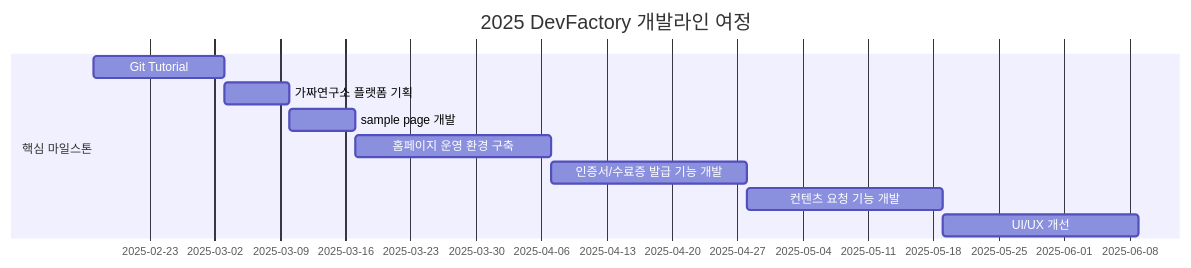
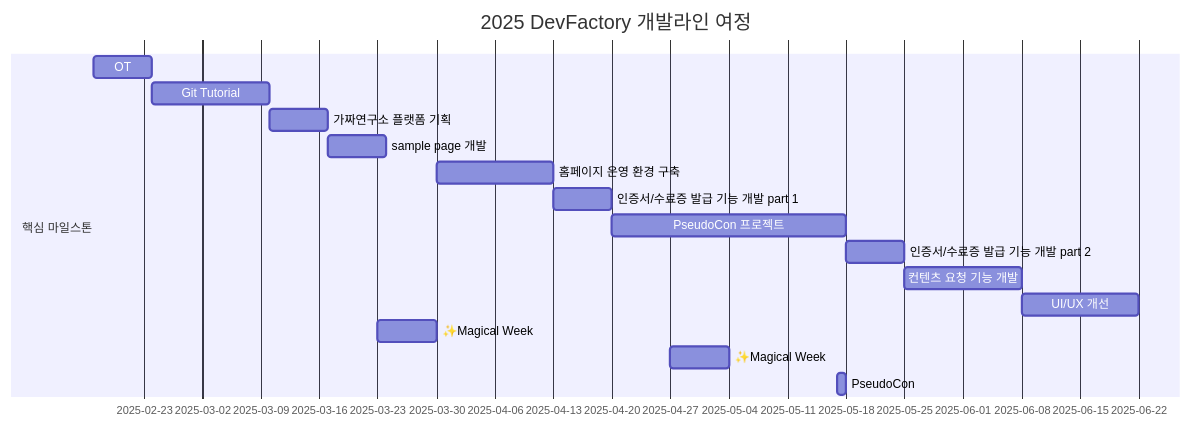
Before and after one commit to Pseudo-Lab/DevFactory: the diagram in README.md, drawn with Mermaid. The commit also changed other lines of this file, not shown here.

````diff
--- a/README.md
+++ b/README.md
@@ -38,12 +38,19 @@
 ```mermaid
 gantt
     title 2025 DevFactory 개발라인 여정
     section 핵심 마일스톤
-    Git Tutorial :a1, 2025-02-17, 14d
-    가짜연구소 플랫폼 기획 :a2, after a1, 7d
-    sample page 개발 :a3, after a2, 7d   
-    홈페이지 운영 환경 구축 :a4, after a3, 21d
-    인증서/수료증 발급 기능 개발 :a5, after a4, 21d
-    컨텐츠 요청 기능 개발 :a6, after a5, 21d
-    UI/UX 개선 :a7, after a6, 21d
+    OT : a1, 2025-02-17, 1w
+    Git Tutorial :a2, after a1, 2w
+    가짜연구소 플랫폼 기획 :a3, after a2, 1w
+    sample page 개발 :a4, after a3, 1w
+
+    홈페이지 운영 환경 구축 :a5, after b1, 2w
+    인증서/수료증 발급 기능 개발 part 1 :a6, after a5, 1w
+    PseudoCon 프로젝트 : a7, after a6, 4w
+    인증서/수료증 발급 기능 개발 part 2 :a8, after a7, 1w
+    컨텐츠 요청 기능 개발 :a9, after a8, 2w
+    UI/UX 개선 :a10, after a9, 2w
+    ✨Magical Week :b1, 2025-03-23, 1w
+    ✨Magical Week :b2, 2025-04-27, 1w
+    PseudoCon : 2025-05-17, 1d
 ```
````
